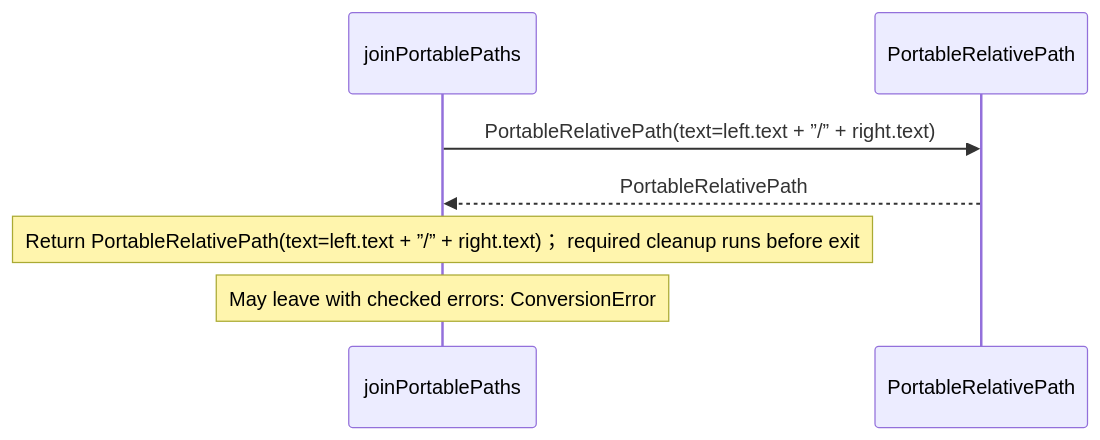
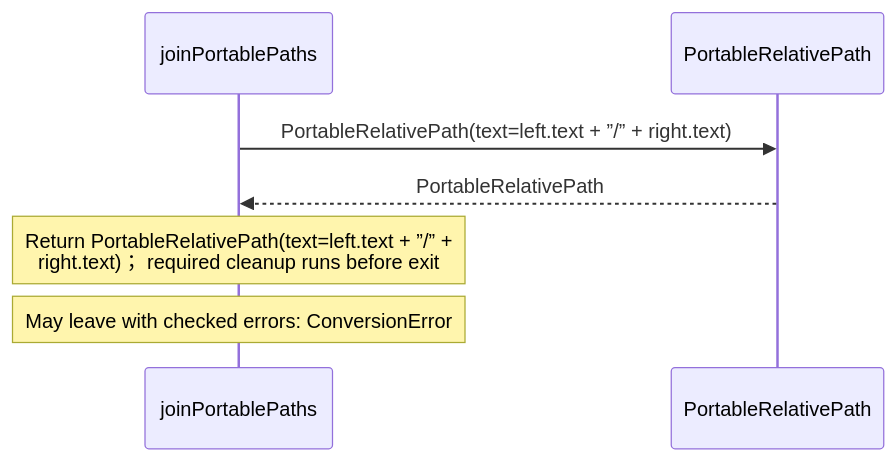
One commit to GreenPandaStudios/augscript changed the fifth of 7 diagrams in src/stdlib/values/paths.aug.diagrams.md. Above: the diagram before and after it, drawn with Mermaid. The commit also changed other lines of this file and 200 other files, not shown here.

Commit message:
Group imported operations and wrap readable sequence messages

````diff
--- a/src/stdlib/values/paths.aug.diagrams.md
+++ b/src/stdlib/values/paths.aug.diagrams.md
@@ -96,9 +96,9 @@
 ```mermaid
 sequenceDiagram
     participant p0 as joinPortablePaths
     participant p1 as PortableRelativePath
     p0->>p1: PortableRelativePath(text=left.text + ”/” + right.text)
     p1-->>p0: PortableRelativePath
-    Note over p0: Return PortableRelativePath(text=left.text + ”/” + right.text)； required cleanup runs before exit
+    Note over p0: Return PortableRelativePath(text=left.text + ”/” +<br/>right.text)； required cleanup runs before exit
     Note over p0: May leave with checked errors: ConversionError
 ```
````
